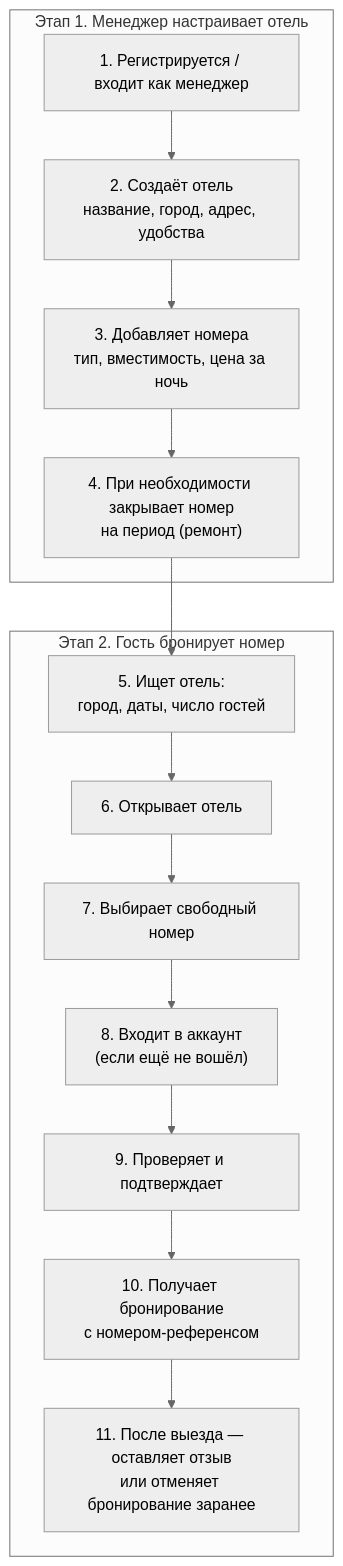
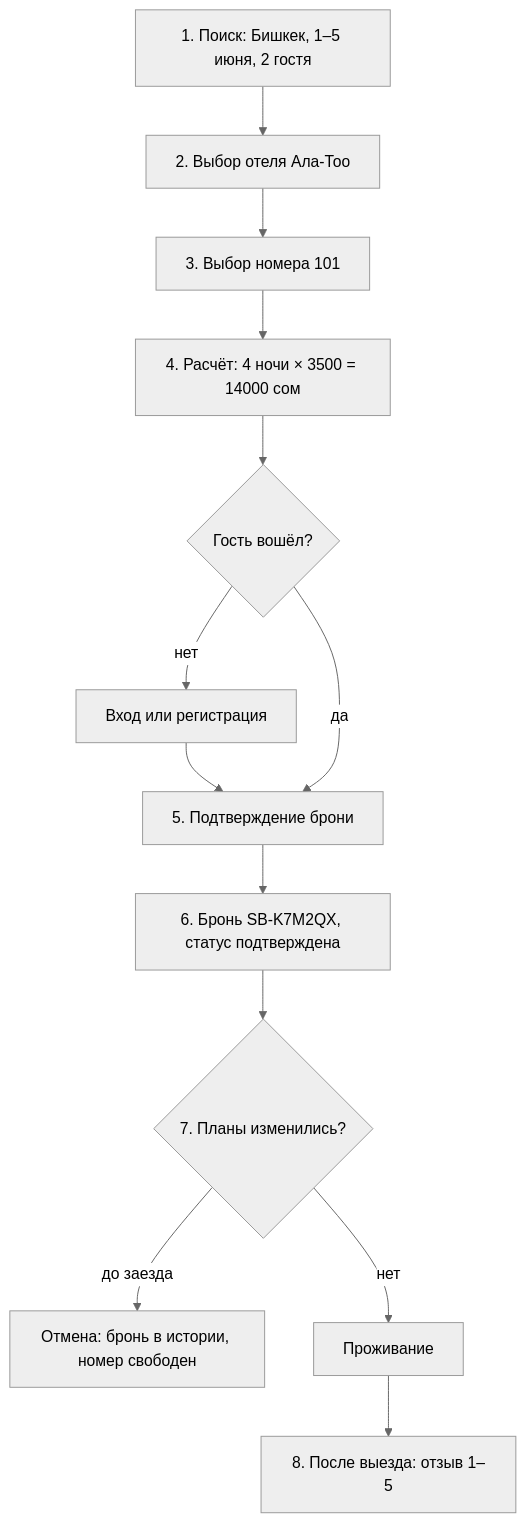
Before and after one commit to Murodzon/staybook: the second of 9 diagrams in Technical_Design.md, drawn with Mermaid (neutral theme). The commit also changed other lines of this file, not shown here.

````diff
--- a/Technical_Design.md
+++ b/Technical_Design.md
@@ -131,17 +157,14 @@
 ```mermaid
 flowchart TD
-    subgraph A["Этап 1. Менеджер настраивает отель"]
-        A1["1. Регистрируется / входит как менеджер"] --> A2["2. Создаёт отель<br/>название, город, адрес, удобства"]
-        A2 --> A3["3. Добавляет номера<br/>тип, вместимость, цена за ночь"]
-        A3 --> A4["4. При необходимости закрывает номер<br/>на период (ремонт)"]
-    end
-    subgraph G["Этап 2. Гость бронирует номер"]
-        G1["5. Ищет отель:<br/>город, даты, число гостей"] --> G2["6. Открывает отель"]
-        G2 --> G3["7. Выбирает свободный номер"]
-        G3 --> G4["8. Входит в аккаунт<br/>(если ещё не вошёл)"]
-        G4 --> G5["9. Проверяет и подтверждает"]
-        G5 --> G6["10. Получает бронирование<br/>с номером-референсом"]
-        G6 --> G7["11. После выезда — оставляет отзыв<br/>или отменяет бронирование заранее"]
-    end
-    A4 --> G1
+    S1["1. Поиск: Бишкек, 1–5 июня, 2 гостя"] --> S2["2. Выбор отеля Ала-Тоо"]
+    S2 --> S3["3. Выбор номера 101"]
+    S3 --> S4["4. Расчёт: 4 ночи × 3500 = 14000 сом"]
+    S4 --> S5{"Гость вошёл?"}
+    S5 -- нет --> S6["Вход или регистрация"] --> S7
+    S5 -- да --> S7["5. Подтверждение брони"]
+    S7 --> S8["6. Бронь SB-K7M2QX, статус подтверждена"]
+    S8 --> S9{"7. Планы изменились?"}
+    S9 -- "до заезда" --> S10["Отмена: бронь в истории, номер свободен"]
+    S9 -- "нет" --> S11["Проживание"]
+    S11 --> S12["8. После выезда: отзыв 1–5"]
 ```
````
